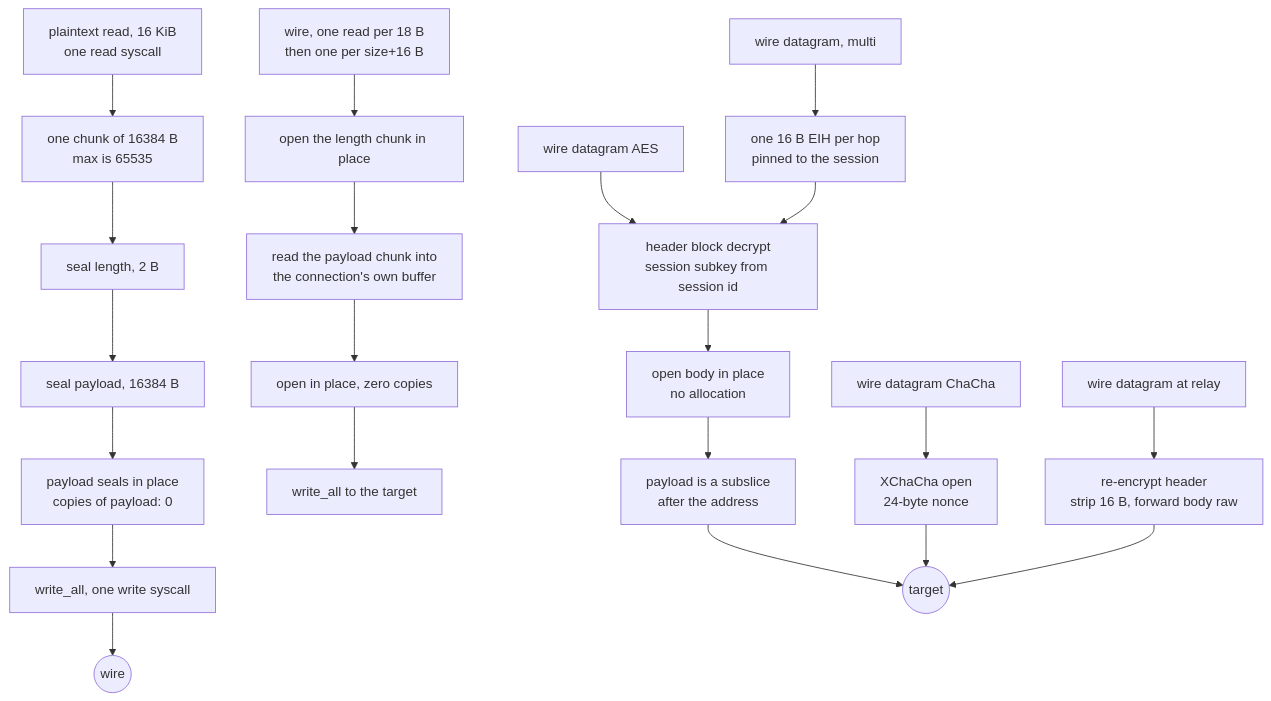
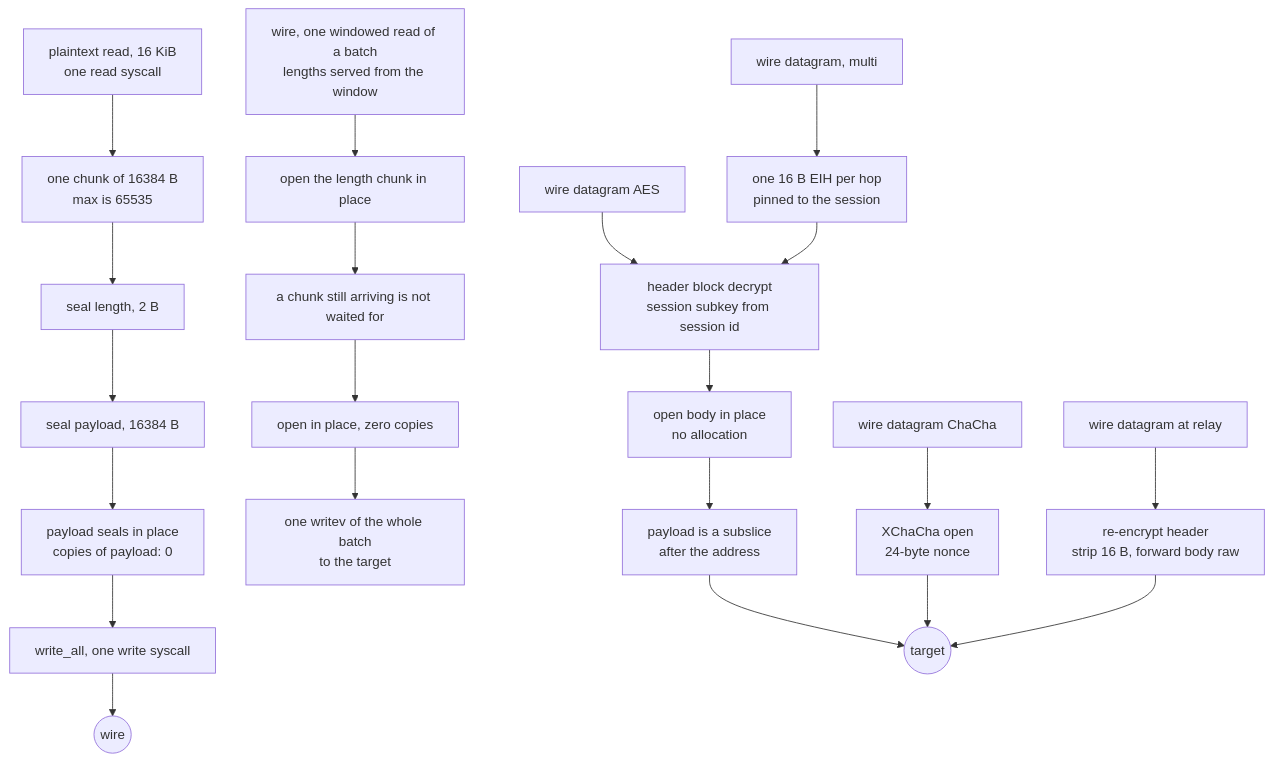
Before and after one commit to Ferrocite/ferrox: the diagram in docs/function/shadowsocks-2022.md, drawn with Mermaid. The commit also changed other lines of this file and 4 other files, not shown here.

First line of the commit message:
shadowsocks 2022: open the carried downlink through a window, so a batch costs one ask and one write

````diff
--- a/docs/function/shadowsocks-2022.md
+++ b/docs/function/shadowsocks-2022.md
@@ -11,23 +11,23 @@
 ```mermaid
 graph TD
     A["plaintext read, 16 KiB<br/>one read syscall"] --> B["one chunk of 16384 B<br/>max is 65535"]
     B --> C1["seal length, 2 B"]
     C1 --> C2["seal payload, 16384 B"]
     C2 --> E["payload seals in place<br/>copies of payload: 0"]
     E --> F["write_all, one write syscall"]
     F --> G(("wire"))
-    H["wire, one read per 18 B<br/>then one per size+16 B"] --> I["open the length chunk in place"]
-    I --> J["read the payload chunk into<br/>the connection's own buffer"]
+    H["wire, one windowed read of a batch<br/>lengths served from the window"] --> I["open the length chunk in place"]
+    I --> J["a chunk still arriving is not waited for"]
     J --> K["open in place, zero copies"]
-    K --> L["write_all to the target"]
+    K --> L["one writev of the whole batch<br/>to the target"]
     M["wire datagram AES"] --> N["header block decrypt<br/>session subkey from session id"]
     N --> O["open body in place<br/>no allocation"]
     O --> P["payload is a subslice<br/>after the address"]
     P --> Q(("target"))
     R["wire datagram ChaCha"] --> S["XChaCha open<br/>24-byte nonce"]
     S --> Q
     T["wire datagram, multi"] --> U["one 16 B EIH per hop<br/>pinned to the session"]
     U --> N
     V["wire datagram at relay"] --> W["re-encrypt header<br/>strip 16 B, forward body raw"]
     W --> Q
 ```
````
